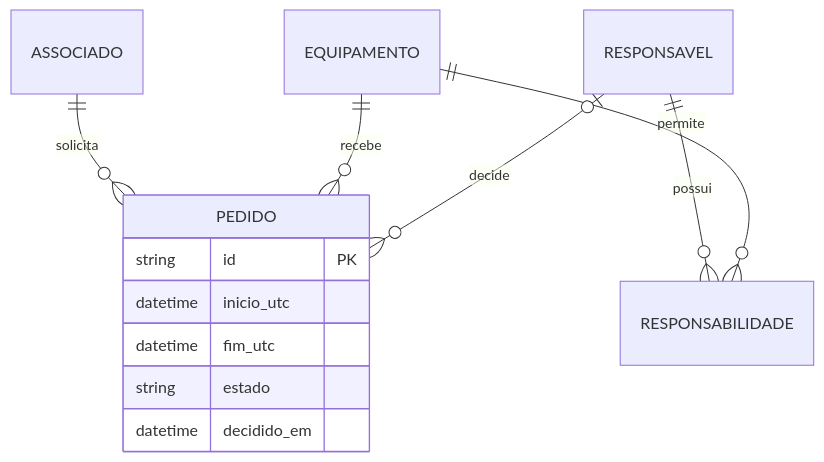
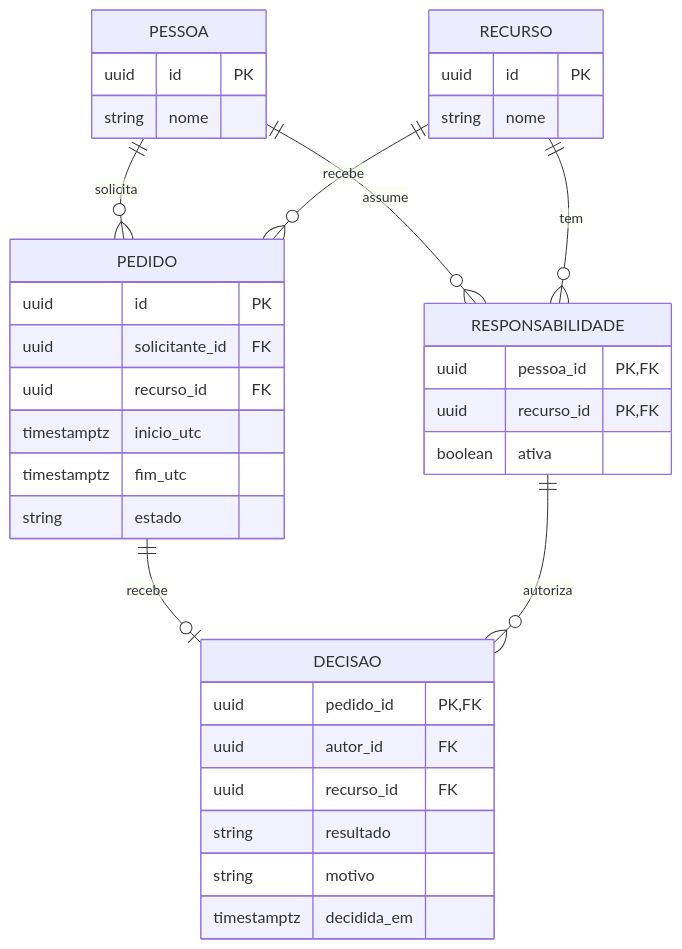
Before and after one commit to PHnsilva/base-de-projetos: the eighth of 10 diagrams in exemplos/reservas-de-recursos/diagramas.md, drawn with Mermaid. The commit also changed other lines of this file and 39 other files, not shown here.

````diff
--- a/exemplos/reservas-de-recursos/diagramas.md
+++ b/exemplos/reservas-de-recursos/diagramas.md
@@ -107,15 +184,38 @@
 ```mermaid
 erDiagram
-    ASSOCIADO ||--o{ PEDIDO : solicita
-    EQUIPAMENTO ||--o{ PEDIDO : recebe
-    RESPONSAVEL ||--o{ RESPONSABILIDADE : possui
-    EQUIPAMENTO ||--o{ RESPONSABILIDADE : permite
-    RESPONSAVEL o|--o{ PEDIDO : decide
+    PESSOA ||--o{ PEDIDO : solicita
+    RECURSO ||--o{ PEDIDO : recebe
+    PESSOA ||--o{ RESPONSABILIDADE : assume
+    RECURSO ||--o{ RESPONSABILIDADE : tem
+    PEDIDO ||--o| DECISAO : recebe
+    RESPONSABILIDADE ||--o{ DECISAO : autoriza
+    PESSOA {
+        uuid id PK
+        string nome
+    }
+    RECURSO {
+        uuid id PK
+        string nome
+    }
+    RESPONSABILIDADE {
+        uuid pessoa_id PK, FK
+        uuid recurso_id PK, FK
+        boolean ativa
+    }
     PEDIDO {
-        string id PK
-        datetime inicio_utc
-        datetime fim_utc
+        uuid id PK
+        uuid solicitante_id FK
+        uuid recurso_id FK
+        timestamptz inicio_utc
+        timestamptz fim_utc
         string estado
-        datetime decidido_em
+    }
+    DECISAO {
+        uuid pedido_id PK, FK
+        uuid autor_id FK
+        uuid recurso_id FK
+        string resultado
+        string motivo
+        timestamptz decidida_em
     }
 ```
````
